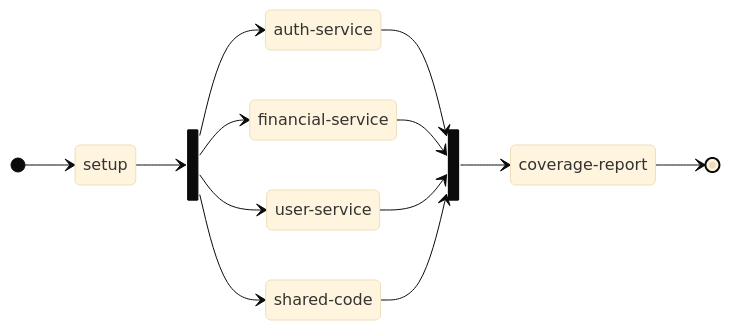
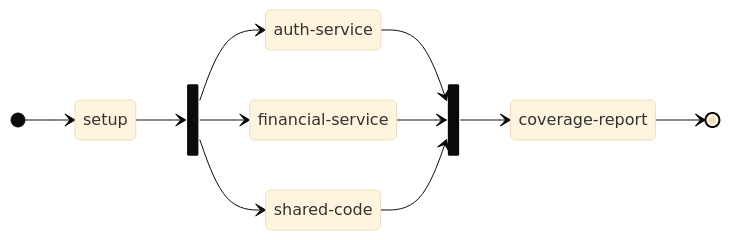
One commit to shimisnow/poc-nestjs changed the first of 3 diagrams in docs/markdown/github-actions.md. Above: the diagram before and after it, drawn with Mermaid (base theme). The commit also changed other lines of this file and 7 other files, not shown here.

Commit message:
docs: remove user-service from documentation

````diff
--- a/docs/markdown/github-actions.md
+++ b/docs/markdown/github-actions.md
@@ -13,24 +13,21 @@
 ```mermaid
 stateDiagram-v2
 direction LR
 state "auth-service" as auth
 state "financial-service" as financial
-state "user-service" as user
 state "shared-code" as shared
 state "coverage-report" as coverage
 state wait1 <<fork>>
 state wait2 <<fork>>
 
 [*] --> setup
 setup --> wait1
 wait1 --> auth
 wait1 --> financial
-wait1 --> user
 wait1 --> shared
 auth --> wait2
 financial --> wait2
-user --> wait2
 shared --> wait2
 wait2 --> coverage
 coverage --> [*]
 ```
````
